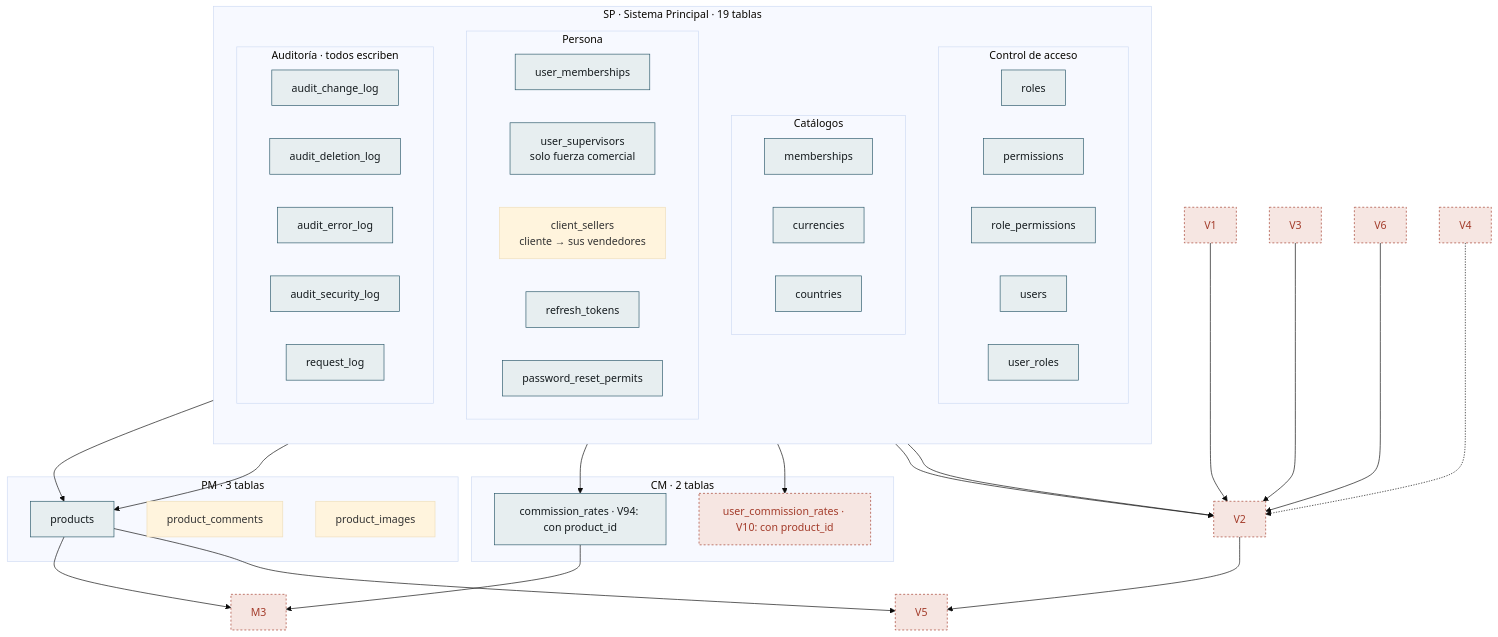
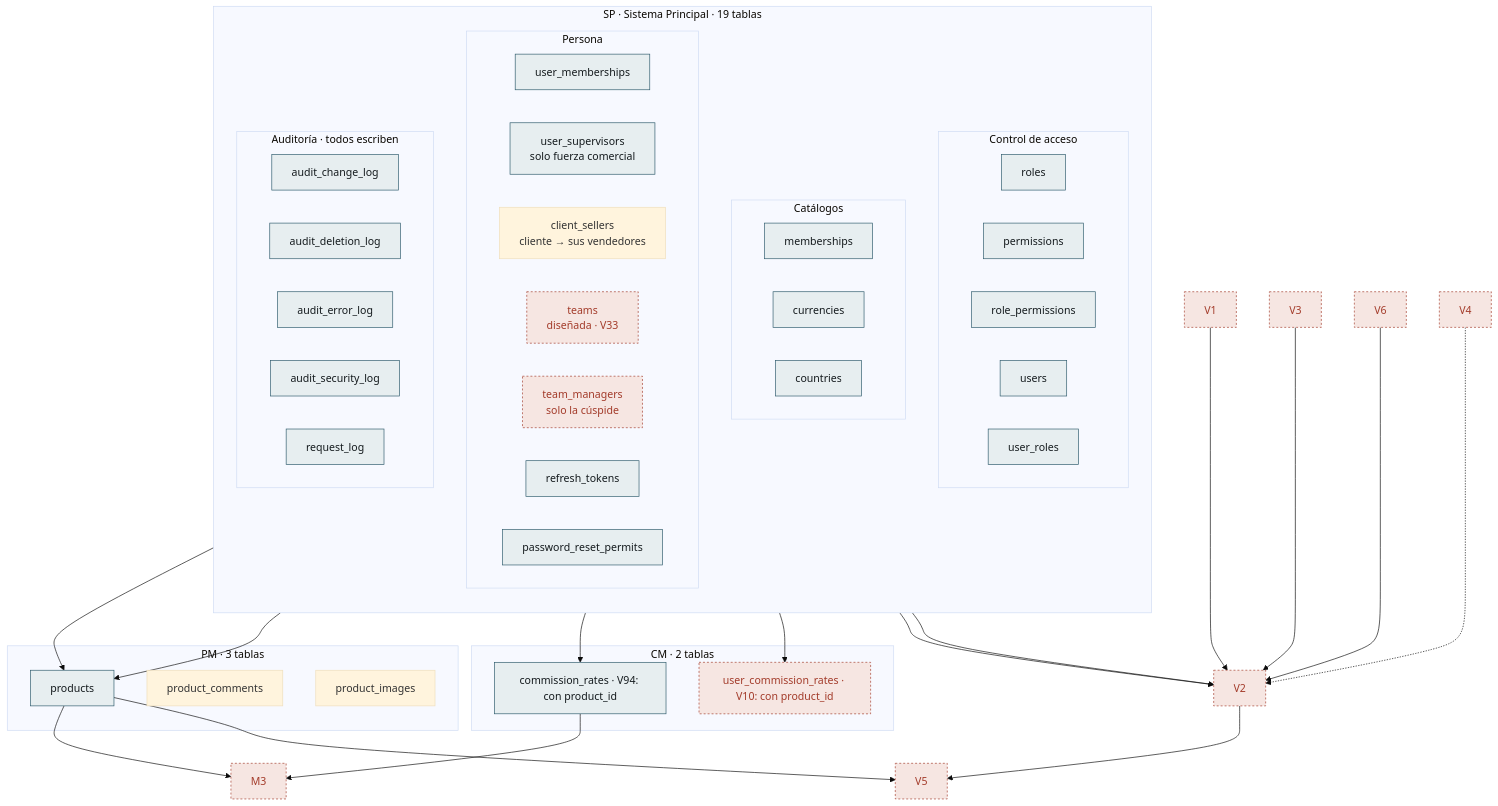
One commit to NexusPro-Dev/backend changed the sixth of 6 diagrams in docs/modelo-datos.md. Above: the diagram before and after it, drawn with Mermaid (base theme). The commit also changed other lines of this file and 4 other files, not shown here.

````diff
--- a/docs/modelo-datos.md
+++ b/docs/modelo-datos.md
@@ -750,69 +773,72 @@
 ```mermaid
 flowchart TB
     subgraph SP["SP · Sistema Principal · 19 tablas"]
         direction TB
         subgraph ACC["Control de acceso"]
             direction LR
             A1["roles"]
             A2["permissions"]
             A3["role_permissions"]
             C1["users"]
             C2["user_roles"]
         end
         subgraph CAT["Catálogos"]
             direction LR
             A4["memberships"]
             A5["currencies"]
             A6["countries"]
         end
         subgraph PER["Persona"]
             direction LR
             C6["user_memberships"]
             C4["user_supervisors<br/>solo fuerza comercial"]
             C7["client_sellers<br/>cliente → sus vendedores"]
+            C8["teams<br/>diseñada · V33"]
+            C9["team_managers<br/>solo la cúspide"]
             C3["refresh_tokens"]
             C5["password_reset_permits"]
         end
         subgraph AUD["Auditoría · todos escriben"]
             direction LR
             B1["audit_change_log"]
             B2["audit_deletion_log"]
             B3["audit_error_log"]
             B4["audit_security_log"]
             OBS["request_log"]
         end
     end
 
     subgraph PM["PM · 3 tablas"]
         P1["products"]
         P2["product_comments"]
         P3["product_images"]
     end
 
     subgraph CM["CM · 2 tablas"]
         M1["commission_rates · V94: con product_id"]
         M2["user_commission_rates · V10: con product_id"]
     end
 
 
     A4 --> P1
     A5 --> P1
     A1 --> M1
     M1 --> M3
     P1 --> M3
     C1 --> M2
     V2 --> V5
     P1 --> V5
     C1 --> V2
     A5 --> V2
     V1 --> V2
     V3 --> V2
     V6 --> V2
     V4 -.-> V2
 
     classDef escrita fill:#e7eef0,stroke:#2d5a6b,color:#151b1e
     classDef disenada fill:#f6e6e2,stroke:#a33b2a,stroke-dasharray:3 3,color:#a33b2a
     class A1,A2,A3,A4,A5,A6,B1,B2,B3,B4,C1,C2,C3,C4,C5,C6,OBS,P1,M1 escrita
+    class C8,C9 disenada
     class M2,M3 disenada
     class V1,V2,V3,V4,V5,V6 disenada
 ```
````
